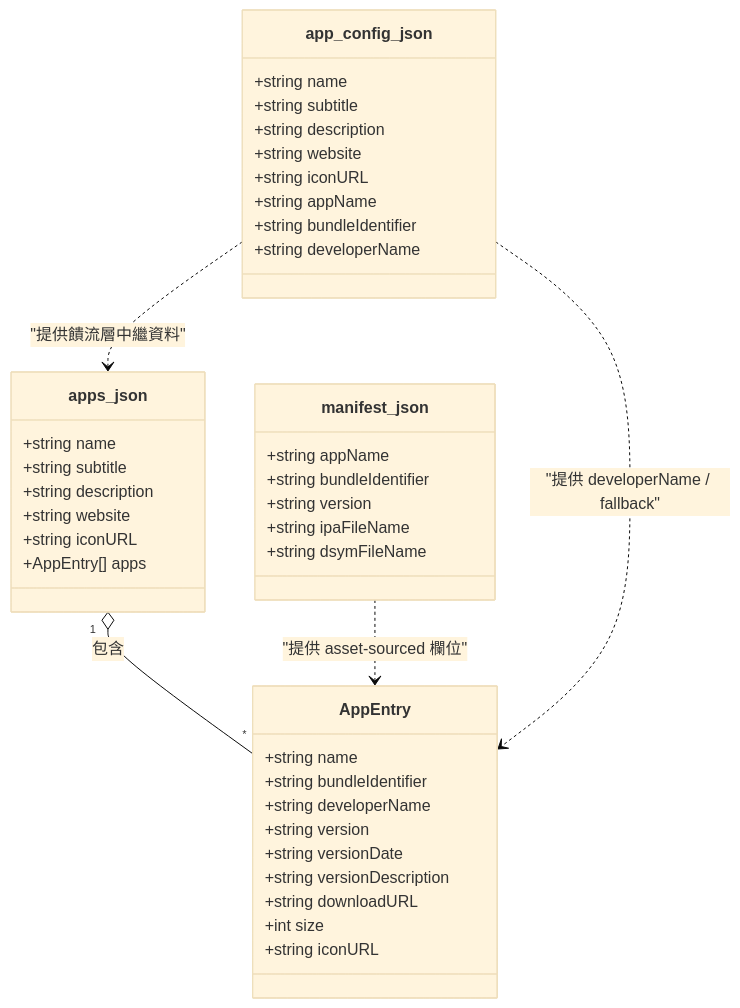
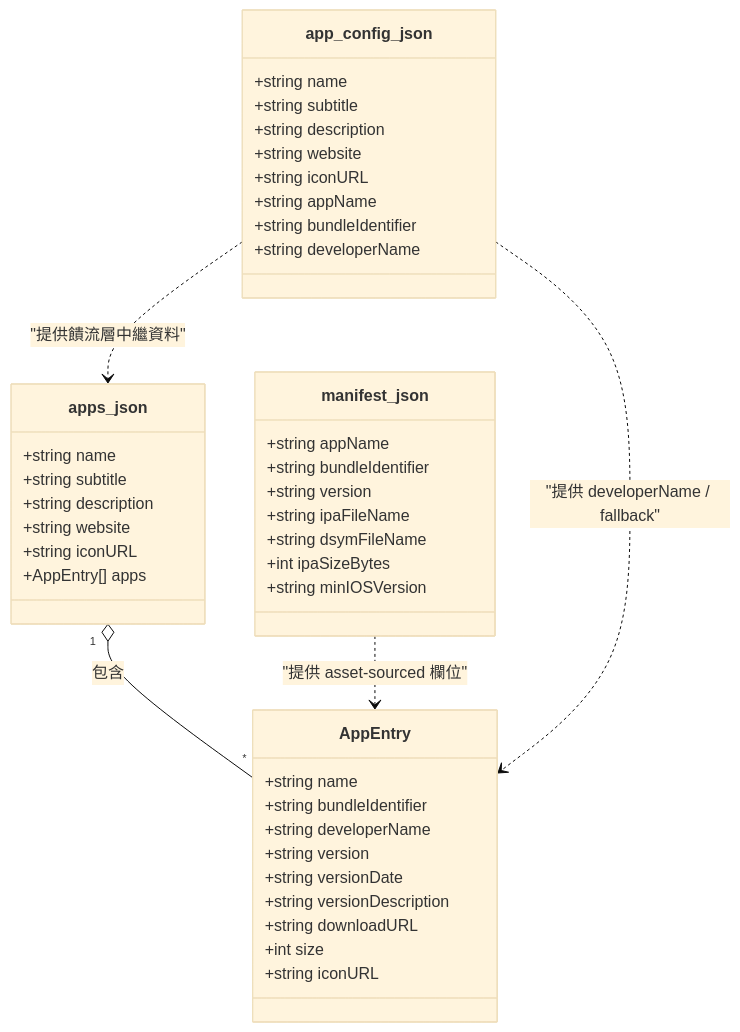
The diagram in docbase/schema.md (Mcc-Mak/ios-app), drawn with Mermaid (base theme) before and after one commit. The commit also changed other lines of this file and 37 other files, not shown here.

````diff
--- a/docbase/schema.md
+++ b/docbase/schema.md
@@ -7,43 +7,45 @@
 ```mermaid
 classDiagram
   class apps_json {
     +string name
     +string subtitle
     +string description
     +string website
     +string iconURL
     +AppEntry[] apps
   }
   class AppEntry {
     +string name
     +string bundleIdentifier
     +string developerName
     +string version
     +string versionDate
     +string versionDescription
     +string downloadURL
     +int size
     +string iconURL
   }
   class manifest_json {
     +string appName
     +string bundleIdentifier
     +string version
     +string ipaFileName
     +string dsymFileName
+    +int ipaSizeBytes
+    +string minIOSVersion
   }
   class app_config_json {
     +string name
     +string subtitle
     +string description
     +string website
     +string iconURL
     +string appName
     +string bundleIdentifier
     +string developerName
   }
   apps_json "1" o-- "*" AppEntry : 包含
   manifest_json ..> AppEntry : "提供 asset-sourced 欄位"
   app_config_json ..> apps_json : "提供饋流層中繼資料"
   app_config_json ..> AppEntry : "提供 developerName / fallback"
 ```
````
